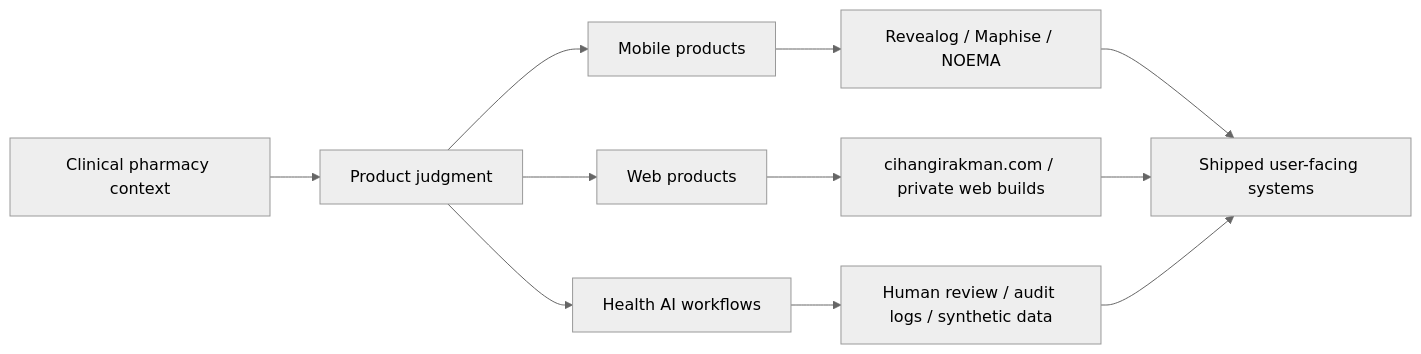
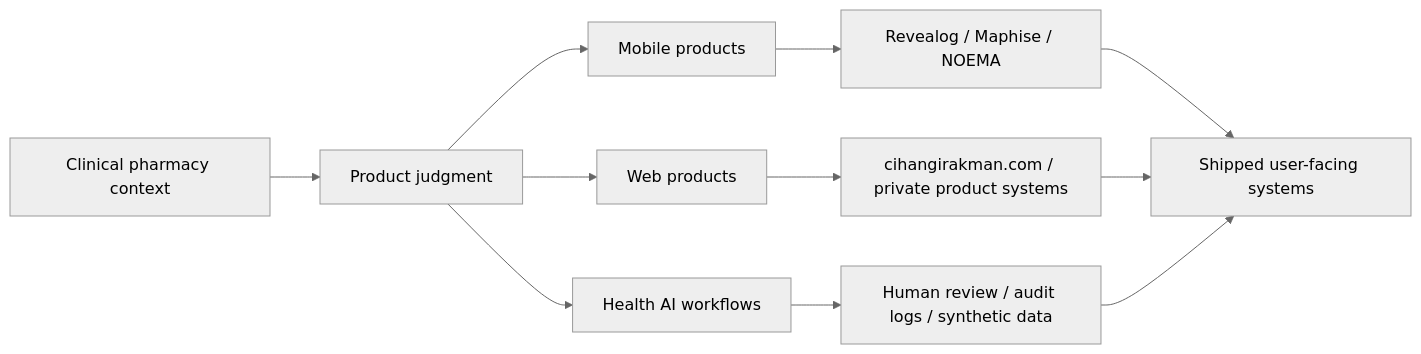
The diagram in README.md (Pharmacist65/Pharmacist65), drawn with Mermaid (neutral theme) before and after one commit. The commit also changed other lines of this file, not shown here.

````diff
--- a/README.md
+++ b/README.md
@@ -39,13 +39,13 @@
 ```mermaid
 flowchart LR
   A["Clinical pharmacy context"] --> B["Product judgment"]
   B --> C["Mobile products"]
   B --> H["Web products"]
   B --> D["Health AI workflows"]
   C --> E["Revealog / Maphise / NOEMA"]
-  H --> I["cihangirakman.com / private web builds"]
+  H --> I["cihangirakman.com / private product systems"]
   D --> F["Human review / audit logs / synthetic data"]
   E --> G["Shipped user-facing systems"]
   I --> G
   F --> G
 ```
````
